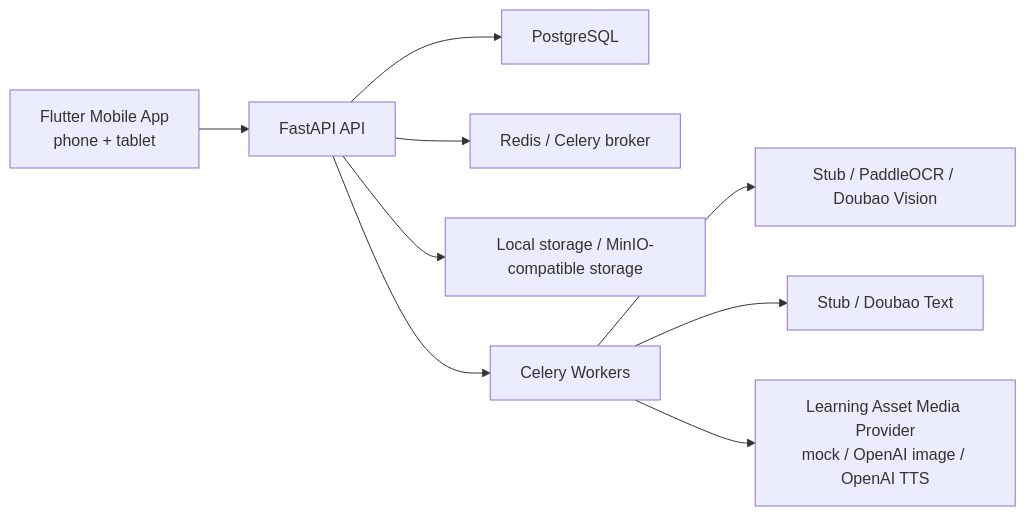
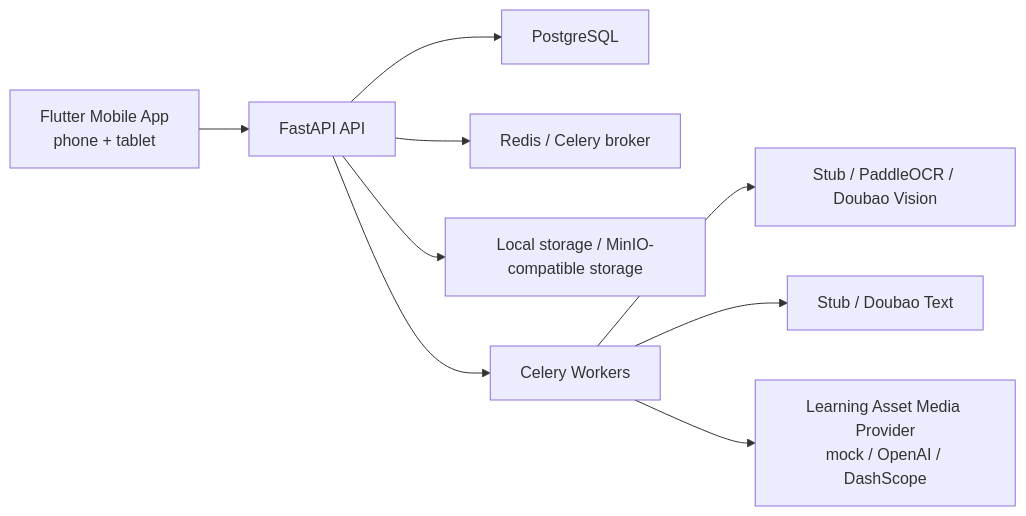
One commit to anbulang/LearningEnglish changed the first of 2 diagrams in docs/architecture/overview.md. Above: the diagram before and after it, drawn with Mermaid. The commit also changed other lines of this file and 10 other files, not shown here.

````diff
--- a/docs/architecture/overview.md
+++ b/docs/architecture/overview.md
@@ -9,11 +9,11 @@
 ```mermaid
 flowchart LR
     Mobile["Flutter Mobile App<br/>phone + tablet"] --> API["FastAPI API"]
     API --> Postgres["PostgreSQL"]
     API --> Redis["Redis / Celery broker"]
     API --> Storage["Local storage / MinIO-compatible storage"]
     API --> Workers["Celery Workers"]
     Workers --> OCR["Stub / PaddleOCR / Doubao Vision"]
     Workers --> LLM["Stub / Doubao Text"]
-    Workers --> Media["Learning Asset Media Provider<br/>mock / OpenAI image / OpenAI TTS"]
+    Workers --> Media["Learning Asset Media Provider<br/>mock / OpenAI / DashScope"]
 ```
````
